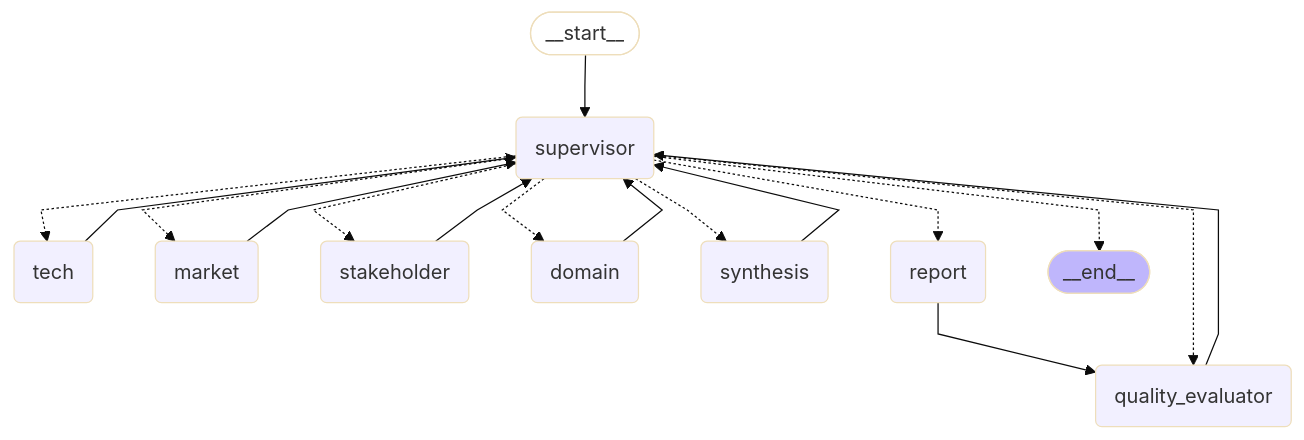
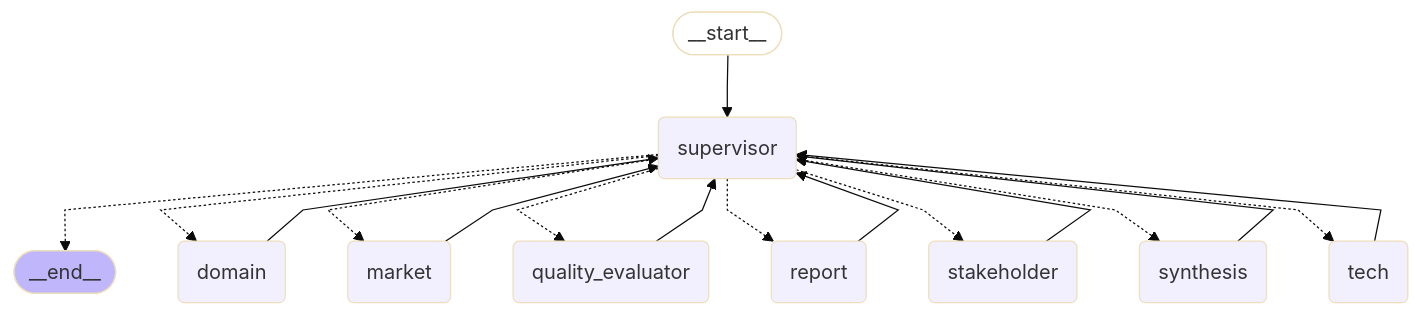
One commit to gyudren/kv-cache-optimization changed the diagram in outputs/architecture.mmd. Above: the diagram before and after it, drawn with Mermaid (base theme). The commit also changed 2 other files, not shown here.

Commit message:
fix(scripts): 그래프 이미지를 report → supervisor 구조로 재생성 (QA D-03)
Claude-Session: https://claude.ai/code/session_0198g4rirS3dnLnx4LeMHMKj

```diff
--- a/outputs/architecture.mmd
+++ b/outputs/architecture.mmd
@@ -1,35 +1,35 @@
 ---
 config:
   flowchart:
     curve: linear
 ---
 graph TD;
 	__start__([<p>__start__</p>]):::first
 	supervisor(supervisor)
 	tech(tech)
 	market(market)
 	stakeholder(stakeholder)
 	domain(domain)
 	synthesis(synthesis)
 	report(report)
 	quality_evaluator(quality_evaluator)
 	__end__([<p>__end__</p>]):::last
 	__start__ --> supervisor;
 	domain --> supervisor;
 	market --> supervisor;
 	quality_evaluator --> supervisor;
-	report --> quality_evaluator;
+	report --> supervisor;
 	stakeholder --> supervisor;
 	supervisor -.-> __end__;
 	supervisor -.-> domain;
 	supervisor -.-> market;
 	supervisor -.-> quality_evaluator;
 	supervisor -.-> report;
 	supervisor -.-> stakeholder;
 	supervisor -.-> synthesis;
 	supervisor -.-> tech;
 	synthesis --> supervisor;
 	tech --> supervisor;
 	classDef default fill:#f2f0ff,line-height:1.2
 	classDef first fill-opacity:0
 	classDef last fill:#bfb6fc
```
